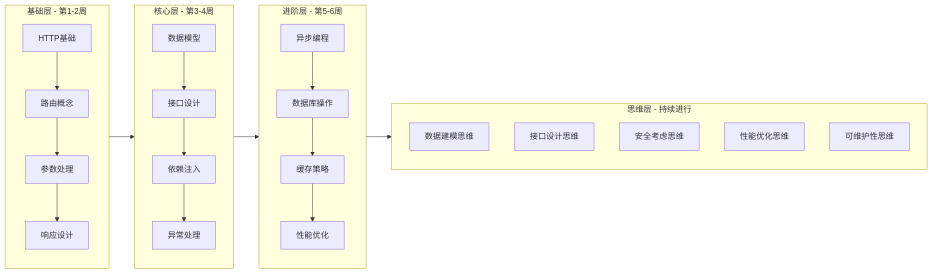
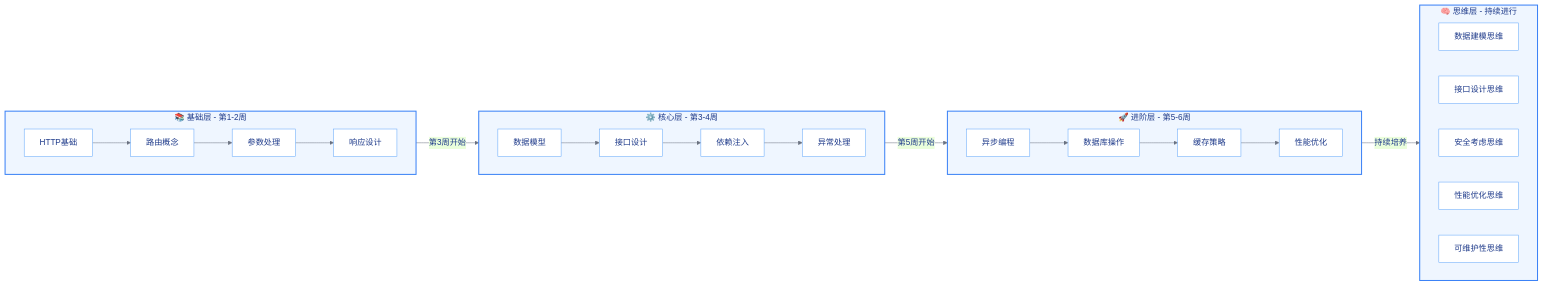
The second of 4 diagrams in ruoyi-fastapi-backend/docs/learning/06-后端知识地图/01-学习路径规划.md (hata33/ruoyi-fastapi-full-stack), drawn with Mermaid before and after one commit. The commit also changed other lines of this file and 9 other files, not shown here.

````diff
--- a/ruoyi-fastapi-backend/docs/learning/06-后端知识地图/01-学习路径规划.md
+++ b/ruoyi-fastapi-backend/docs/learning/06-后端知识地图/01-学习路径规划.md
@@ -21,28 +39,44 @@
 ```mermaid
+%%{init: {'theme': 'base', 'themeVariables': {
+  'primaryColor': '#DBEAFE',
+  'primaryTextColor': '#1e3a8a',
+  'primaryBorderColor': '#3B82F6',
+  'lineColor': '#6B7280'
+}}}%%
 flowchart LR
-    subgraph 基础层[基础层 - 第1-2周]
+    subgraph 基础层[📚 基础层 - 第1-2周]
+        direction LR
         A1[HTTP基础] --> A2[路由概念]
         A2 --> A3[参数处理]
         A3 --> A4[响应设计]
     end
-    subgraph 核心层[核心层 - 第3-4周]
+    subgraph 核心层[⚙️ 核心层 - 第3-4周]
+        direction LR
         B1[数据模型] --> B2[接口设计]
         B2 --> B3[依赖注入]
         B3 --> B4[异常处理]
     end
-    subgraph 进阶层[进阶层 - 第5-6周]
+    subgraph 进阶层[🚀 进阶层 - 第5-6周]
+        direction LR
         C1[异步编程] --> C2[数据库操作]
         C2 --> C3[缓存策略]
         C3 --> C4[性能优化]
     end
-    subgraph 思维层[思维层 - 持续进行]
+    subgraph 思维层[🧠 思维层 - 持续进行]
+        direction LR
         D1[数据建模思维]
         D2[接口设计思维]
         D3[安全考虑思维]
         D4[性能优化思维]
         D5[可维护性思维]
     end
-    基础层 --> 核心层
-    核心层 --> 进阶层
-    进阶层 --> 思维层
+    基础层 -->|第3周开始| 核心层
+    核心层 -->|第5周开始| 进阶层
+    进阶层 -->|持续培养| 思维层
+
+    classDef layerStyle fill:#EFF6FF,stroke:#3B82F6,stroke-width:2px,color:#1e3a8a
+    classDef itemStyle fill:#fff,stroke:#60A5FA,stroke-width:1px,color:#1e3a8a
+
+    class 基础层,核心层,进阶层,思维层 layerStyle
+    class A1,A2,A3,A4,B1,B2,B3,B4,C1,C2,C3,C4,D1,D2,D3,D4,D5 itemStyle
 ```
````
